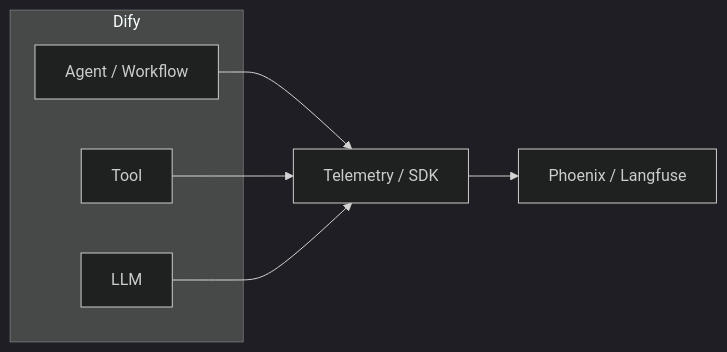
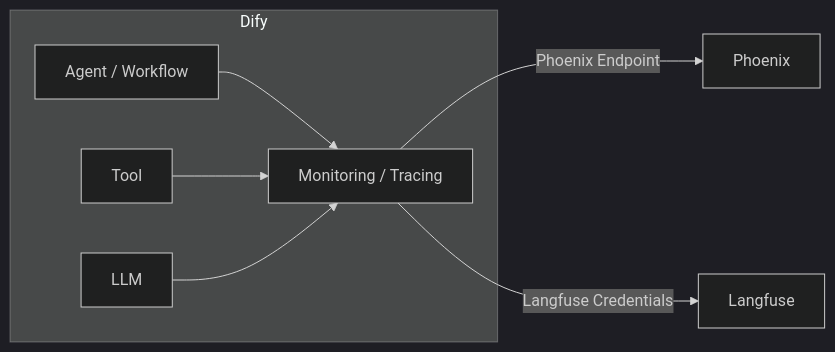
Before and after one commit to sgfd-ui/internship: diagram 12 of 15 in weekly-report/phoenix-langfuse-research.md, drawn with Mermaid (dark theme). The commit also changed other lines of this file, not shown here.

Commit message:
docs: fill Phoenix and Langfuse research

````diff
--- a/weekly-report/phoenix-langfuse-research.md
+++ b/weekly-report/phoenix-langfuse-research.md
@@ -296,16 +513,18 @@
 ```mermaid
 flowchart LR
     subgraph D[Dify]
         A[Agent / Workflow]
         T[Tool]
         L[LLM]
+        M[Monitoring / Tracing]
     end
 
-    C[Telemetry / SDK]
-    O[Phoenix / Langfuse]
+    P[Phoenix]
+    F[Langfuse]
 
-    A --> C
-    T --> C
-    L --> C
-    C --> O
+    A --> M
+    T --> M
+    L --> M
+    M -->|Phoenix Endpoint| P
+    M -->|Langfuse Credentials| F
 ```
````
